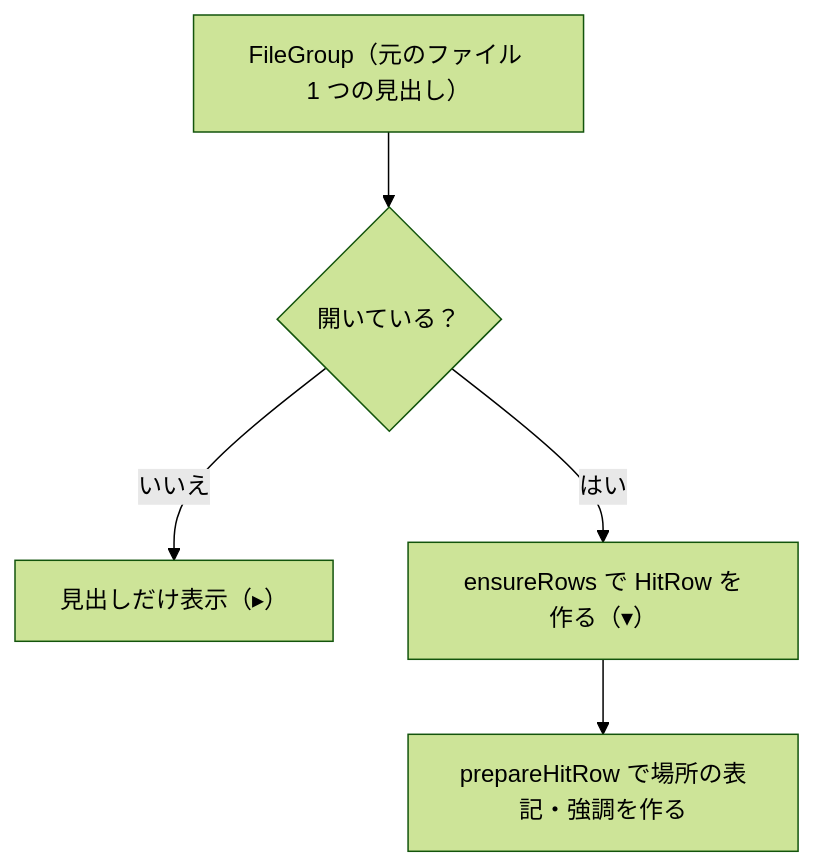
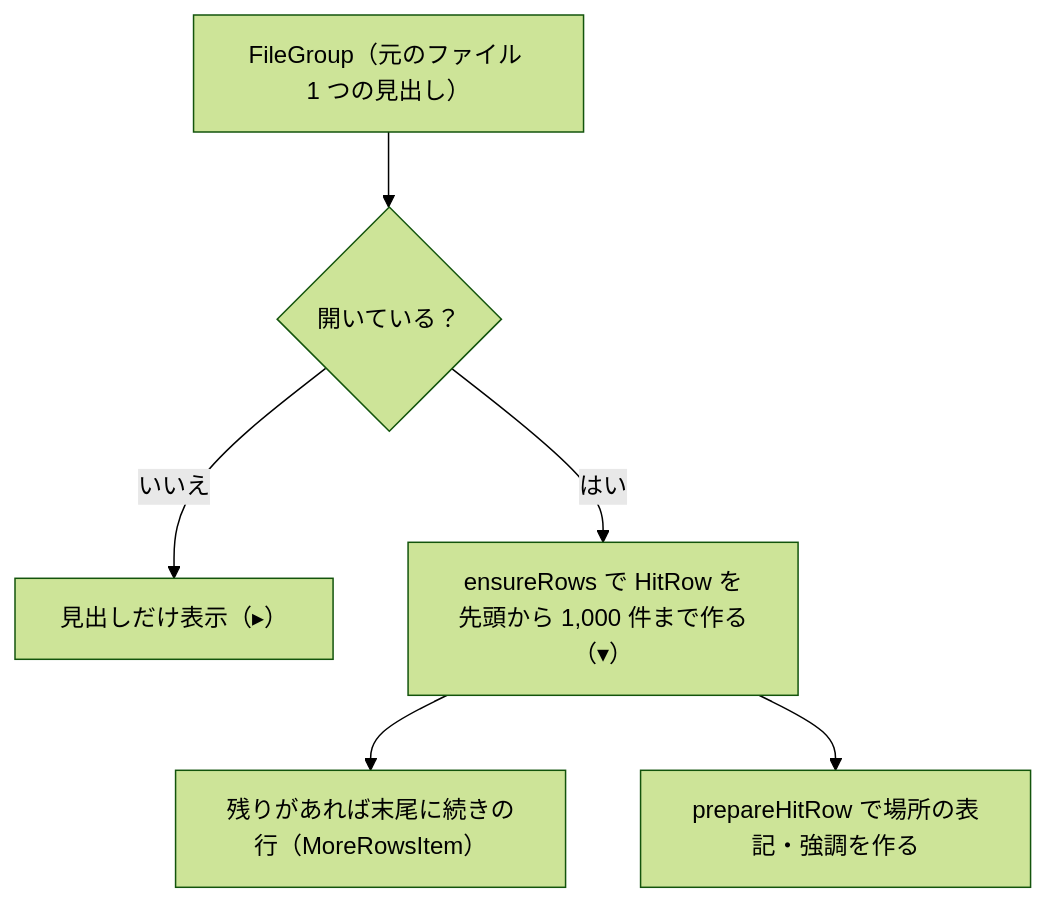
The second of 2 diagrams in docs/design/gui/preview.md (hsgwa/tebunko), drawn with Mermaid (forest theme) before and after one commit. The commit also changed other lines of this file and 16 other files, not shown here.

````diff
--- a/docs/design/gui/preview.md
+++ b/docs/design/gui/preview.md
@@ -43,7 +43,8 @@
 ```mermaid
 flowchart TD
     H["FileGroup（元のファイル 1 つの見出し）"] --> C{"開いている？"}
     C -- いいえ --> Z["見出しだけ表示（▸）"]
-    C -- はい --> R["ensureRows で HitRow を作る（▾）"]
+    C -- はい --> R["ensureRows で HitRow を先頭から 1,000 件まで作る（▾）"]
+    R --> M["残りがあれば末尾に続きの行（MoreRowsItem）"]
     R --> P["prepareHitRow で場所の表記・強調を作る"]
 ```
````
